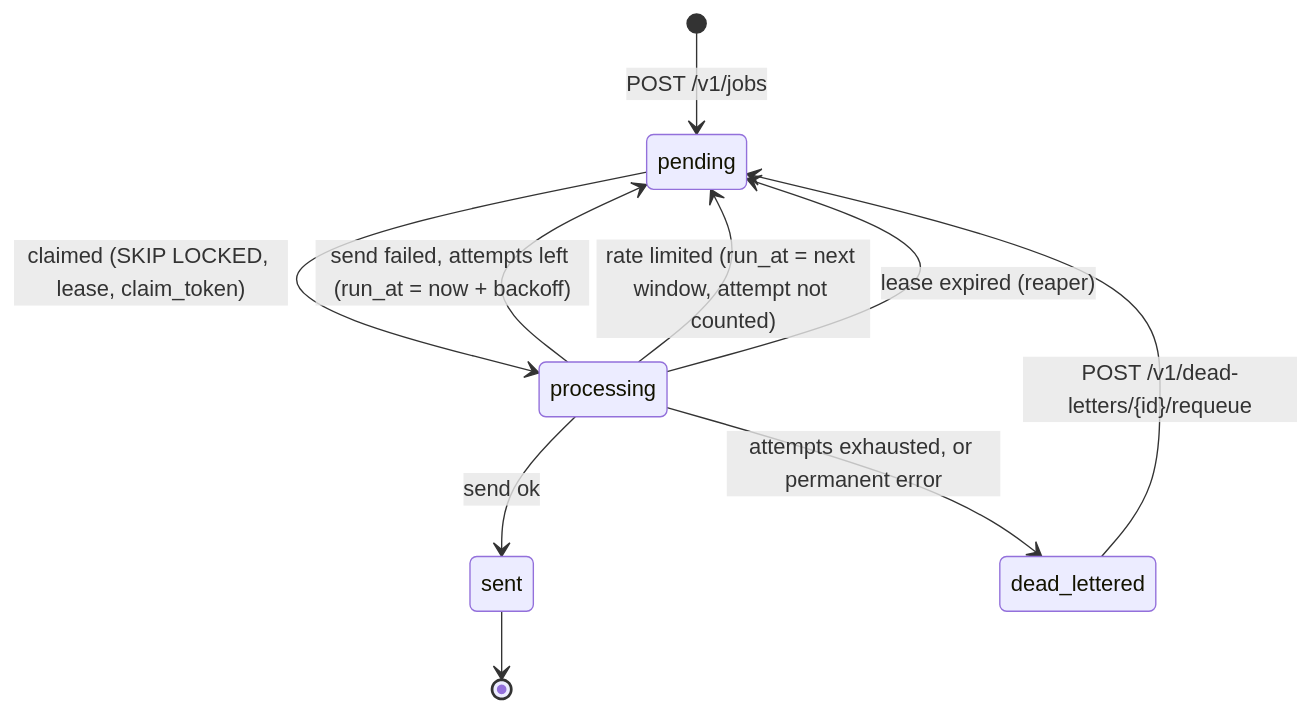
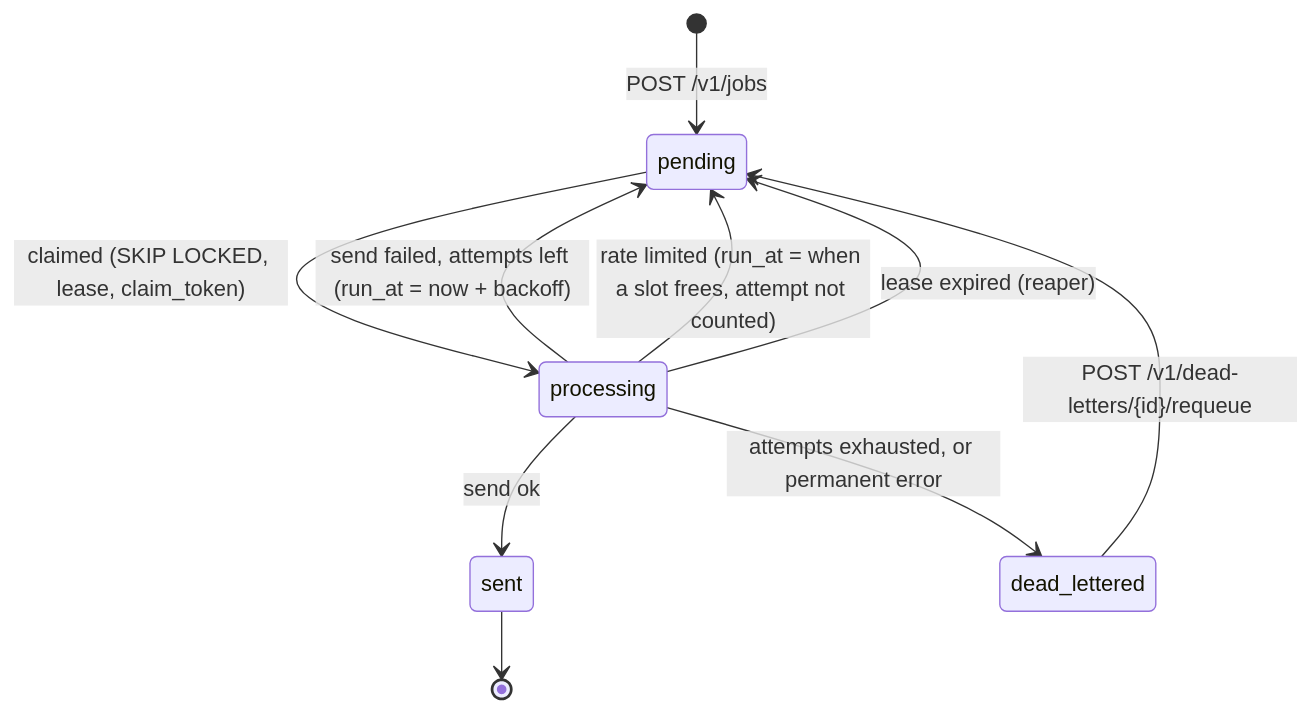
Before and after one commit to Jaaystones/notify-queue: the second of 2 diagrams in DESIGN.md, drawn with Mermaid. The commit also changed other lines of this file and 11 other files, not shown here.

First line of the commit message:
Move per-recipient rate limiting to a Redis sliding window

````diff
--- a/DESIGN.md
+++ b/DESIGN.md
@@ -58,12 +62,12 @@
 ```mermaid
 stateDiagram-v2
     [*] --> pending: POST /v1/jobs
     pending --> processing: claimed (SKIP LOCKED, lease, claim_token)
     processing --> sent: send ok
     processing --> pending: send failed, attempts left (run_at = now + backoff)
-    processing --> pending: rate limited (run_at = next window, attempt not counted)
+    processing --> pending: rate limited (run_at = when a slot frees, attempt not counted)
     processing --> pending: lease expired (reaper)
     processing --> dead_lettered: attempts exhausted, or permanent error
     dead_lettered --> pending: POST /v1/dead-letters/{id}/requeue
     sent --> [*]
 ```
````
